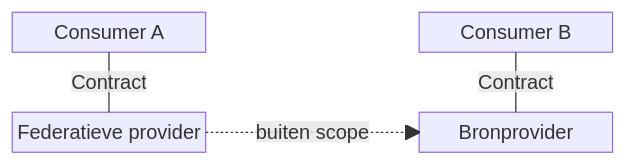
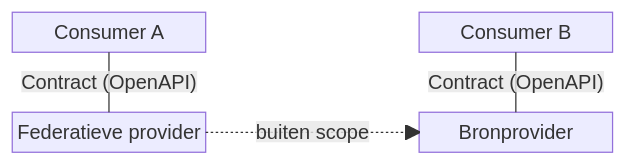
Before and after one commit to VNG-Realisatie/mijn-taken-api: the diagram in docs/uitgangspunten.md, drawn with Mermaid. The commit also changed other lines of this file, not shown here.

Commit message:
OpenAPI aan contract toegevoegd

````diff
--- a/docs/uitgangspunten.md
+++ b/docs/uitgangspunten.md
@@ -21,11 +21,11 @@
 ```mermaid
 block-beta
   columns 3
   cA["Consumer A"] space cB["Consumer B"]
   space:3
   fp["Federatieve provider"] space bp["Bronprovider"]
 
-  cA-- "Contract" ---fp
-  cB-- "Contract" ---bp
+  cA-- "Contract (OpenAPI)" ---fp
+  cB-- "Contract (OpenAPI)" ---bp
   fp-. "buiten scope" .->bp
 ```
````
